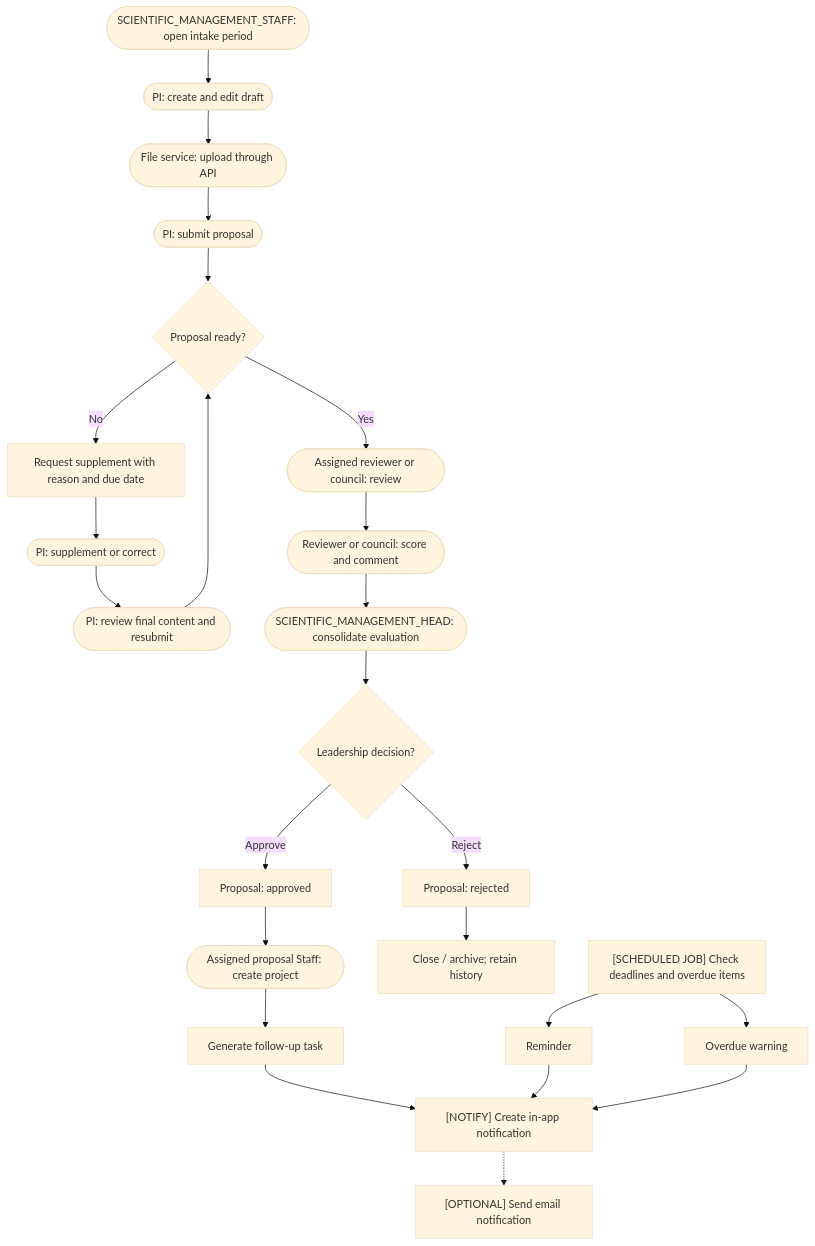
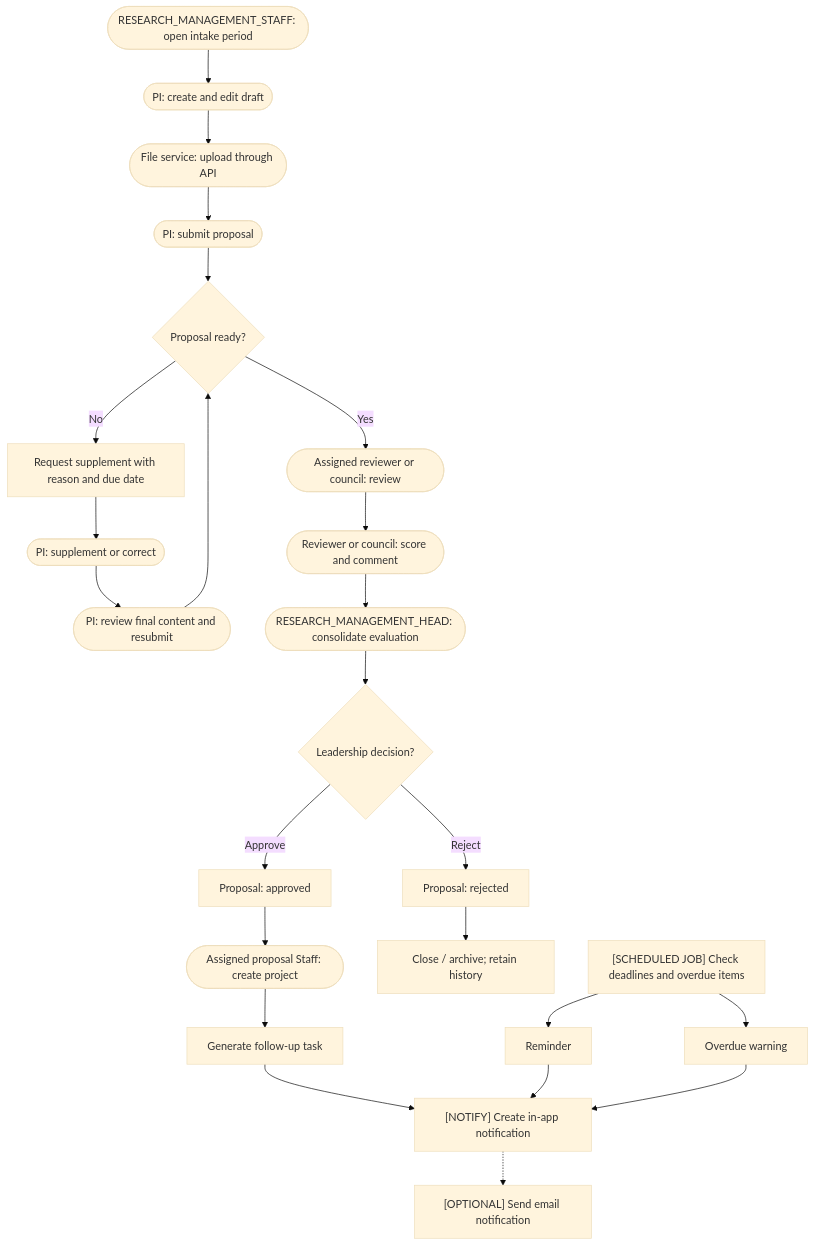
One commit to thanhdotien278/DocManS changed the second of 6 diagrams in docs/diagrams/current-architecture.md. Above: the diagram before and after it, drawn with Mermaid (base theme). The commit also changed 44 other files, not shown here.

````diff
--- a/docs/diagrams/current-architecture.md
+++ b/docs/diagrams/current-architecture.md
@@ -70,36 +70,36 @@
 ```mermaid
 flowchart TD
-  intake(["SCIENTIFIC_MANAGEMENT_STAFF: open intake period"])
+  intake(["RESEARCH_MANAGEMENT_STAFF: open intake period"])
   draft(["PI: create and edit draft"])
   upload(["File service: upload through API"])
   submit(["PI: submit proposal"])
   readiness{"Proposal ready?"}
   supplement["Request supplement with reason and due date"]
   correct(["PI: supplement or correct"])
   resubmit(["PI: review final content and resubmit"])
   review(["Assigned reviewer or council: review"])
   score(["Reviewer or council: score and comment"])
-  consolidate(["SCIENTIFIC_MANAGEMENT_HEAD: consolidate evaluation"])
+  consolidate(["RESEARCH_MANAGEMENT_HEAD: consolidate evaluation"])
   decision{"Leadership decision?"}
   approved["Proposal: approved"]
   rejected["Proposal: rejected"]
   project(["Assigned proposal Staff: create project"])
   task["Generate follow-up task"]
   archive["Close / archive; retain history"]
 
   scheduled["[SCHEDULED JOB] Check deadlines and overdue items"]
   reminder["Reminder"]
   overdue["Overdue warning"]
   notify["[NOTIFY] Create in-app notification"]
   email["[OPTIONAL] Send email notification"]
 
   intake --> draft --> upload --> submit --> readiness
   readiness -- "No" --> supplement --> correct --> resubmit --> readiness
   readiness -- "Yes" --> review --> score --> consolidate --> decision
   decision -- "Approve" --> approved --> project --> task
   decision -- "Reject" --> rejected --> archive
   task --> notify
   scheduled --> reminder --> notify
   scheduled --> overdue --> notify
   notify -.-> email
 ```
````
